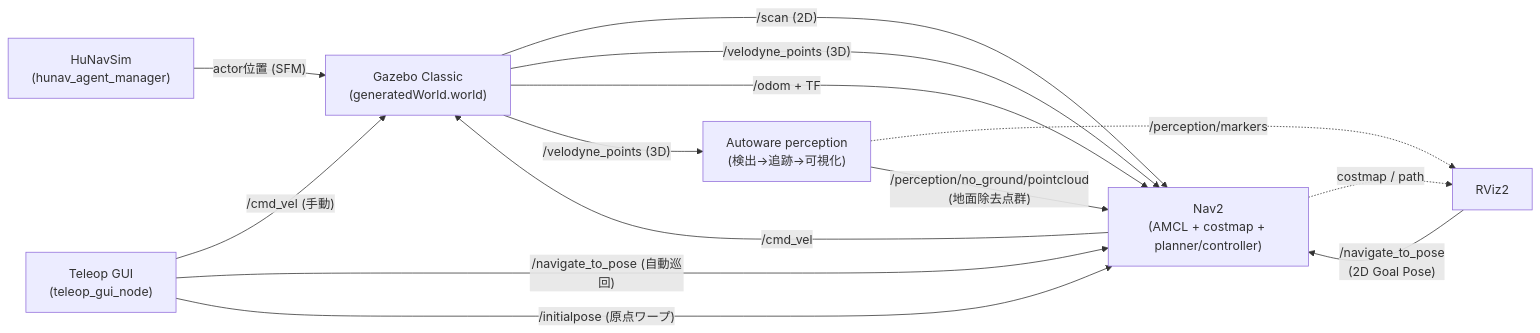
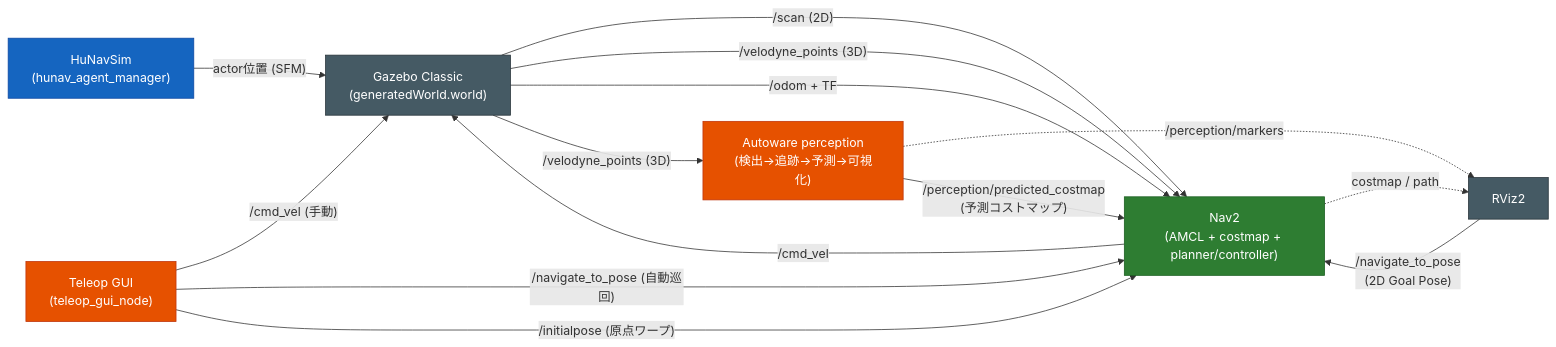
The first of 6 diagrams in docs/software_design.md (sato-susumu/susumu_object_perception), drawn with Mermaid before and after one commit. The commit also changed other lines of this file and 14 other files, not shown here.

First line of the commit message:
Webots 起動 launch 群を追加 + ドキュメントを表・Mermaid化

````diff
--- a/docs/software_design.md
+++ b/docs/software_design.md
@@ -38,16 +39,21 @@
 ```mermaid
 flowchart LR
-    HUNAV["HuNavSim\n(hunav_agent_manager)"] -- "actor位置 (SFM)" --> GZ
-    GZ["Gazebo Classic\n(generatedWorld.world)"] -- "/scan (2D)" --> NAV2
+    HUNAV["HuNavSim<br/>(hunav_agent_manager)"]:::hd -- "actor位置 (SFM)" --> GZ
+    GZ["Gazebo Classic<br/>(generatedWorld.world)"]:::ext -- "/scan (2D)" --> NAV2
     GZ -- "/velodyne_points (3D)" --> NAV2
     GZ -- "/odom + TF" --> NAV2
-    NAV2["Nav2\n(AMCL + costmap + planner/controller)"] -- "/cmd_vel" --> GZ
-    RVIZ["RViz2"] -- "/navigate_to_pose\n(2D Goal Pose)" --> NAV2
-    GUI["Teleop GUI\n(teleop_gui_node)"] -- "/cmd_vel (手動)" --> GZ
+    NAV2["Nav2<br/>(AMCL + costmap + planner/controller)"]:::aw -- "/cmd_vel" --> GZ
+    RVIZ["RViz2"]:::ext -- "/navigate_to_pose<br/>(2D Goal Pose)" --> NAV2
+    GUI["Teleop GUI<br/>(teleop_gui_node)"]:::own -- "/cmd_vel (手動)" --> GZ
     GUI -- "/navigate_to_pose (自動巡回)" --> NAV2
     GUI -- "/initialpose (原点ワープ)" --> NAV2
     NAV2 -. "costmap / path" .-> RVIZ
     GZ -- "/velodyne_points (3D)" --> AWP
-    AWP["Autoware perception\n(検出→追跡→可視化)"] -. "/perception/markers" .-> RVIZ
-    AWP -- "/perception/no_ground/pointcloud\n(地面除去点群)" --> NAV2
+    AWP["Autoware perception<br/>(検出→追跡→予測→可視化)"]:::own -. "/perception/markers" .-> RVIZ
+    AWP -- "/perception/predicted_costmap<br/>(予測コストマップ)" --> NAV2
+
+    classDef aw fill:#2e7d32,stroke:#1b5e20,color:#fff;
+    classDef own fill:#e65100,stroke:#bf360c,color:#fff;
+    classDef hd fill:#1565c0,stroke:#0d47a1,color:#fff;
+    classDef ext fill:#455a64,stroke:#263238,color:#fff;
 ```
````
